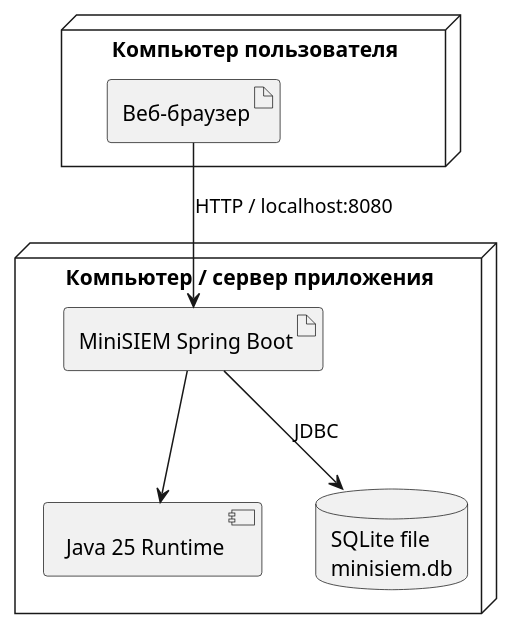
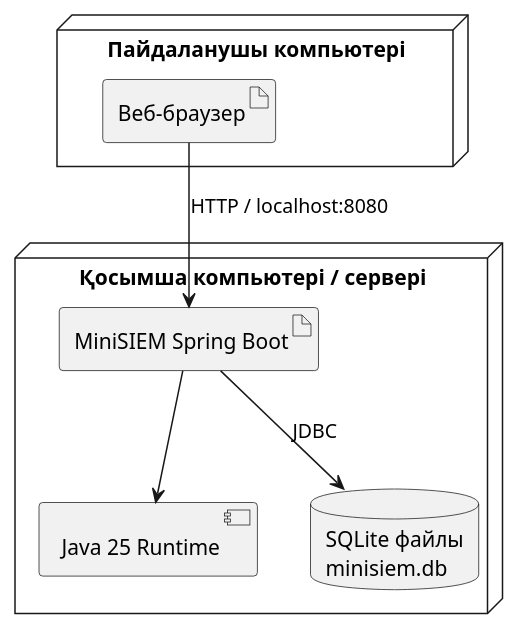
The diagram in docs/UML/deployment.puml (FURIA-Team/-SIEM), drawn with PlantUML before and after one commit.

Commit message:
docs: translate UML diagram labels into Kazakh

```diff
--- a/docs/UML/deployment.puml
+++ b/docs/UML/deployment.puml
@@ -1,13 +1,13 @@
 @startuml
-node "Компьютер пользователя" {
+node "Пайдаланушы компьютері" {
   artifact "Веб-браузер"
 }
-node "Компьютер / сервер приложения" {
+node "Қосымша компьютері / сервері" {
   artifact "MiniSIEM Spring Boot"
   component "Java 25 Runtime"
-  database "SQLite file\nminisiem.db"
+  database "SQLite файлы\nminisiem.db"
 }
 "Веб-браузер" --> "MiniSIEM Spring Boot" : HTTP / localhost:8080
 "MiniSIEM Spring Boot" --> "Java 25 Runtime"
-"MiniSIEM Spring Boot" --> "SQLite file\nminisiem.db" : JDBC
+"MiniSIEM Spring Boot" --> "SQLite файлы\nminisiem.db" : JDBC
 @enduml
```
